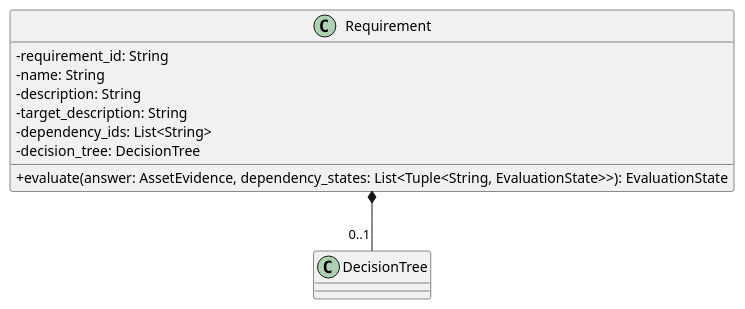
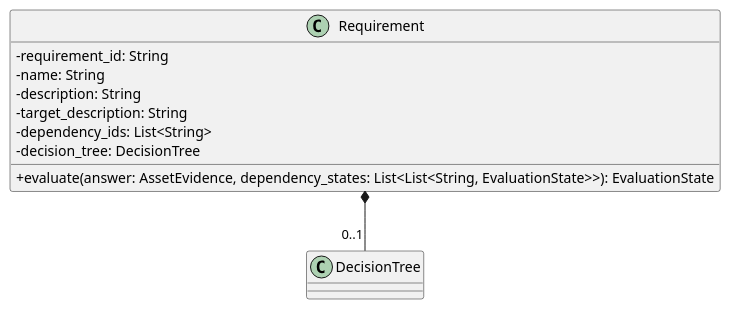
The diagram in src/PB/DocumentazioneEsterna/Specifica_Tecnica/content/05-diagrammi-classi/uml/puml/Backend/Domain/Requirement.puml (GroupRubberDuck/Documentazione), drawn with PlantUML before and after one commit. The commit also changed 75 other files, not shown here.

```diff
--- a/src/PB/DocumentazioneEsterna/Specifica_Tecnica/content/05-diagrammi-classi/uml/puml/Backend/Domain/Requirement.puml
+++ b/src/PB/DocumentazioneEsterna/Specifica_Tecnica/content/05-diagrammi-classi/uml/puml/Backend/Domain/Requirement.puml
@@ -1,18 +1,18 @@
 @startuml Requirement
 skinparam linetype ortho
 skinparam classAttributeIconSize 0
 
 class Requirement {
     - requirement_id: String
     - name: String
     - description: String
     - target_description: String
     - dependency_ids: List<String>
     - decision_tree: DecisionTree
 
-    + evaluate(answer: AssetEvidence, dependency_states: List<Tuple<String, EvaluationState>>): EvaluationState
+    + evaluate(answer: AssetEvidence, dependency_states: List<List<String, EvaluationState>>): EvaluationState
 }
 
 Requirement *-- "0..1" DecisionTree
 
 @enduml
```
